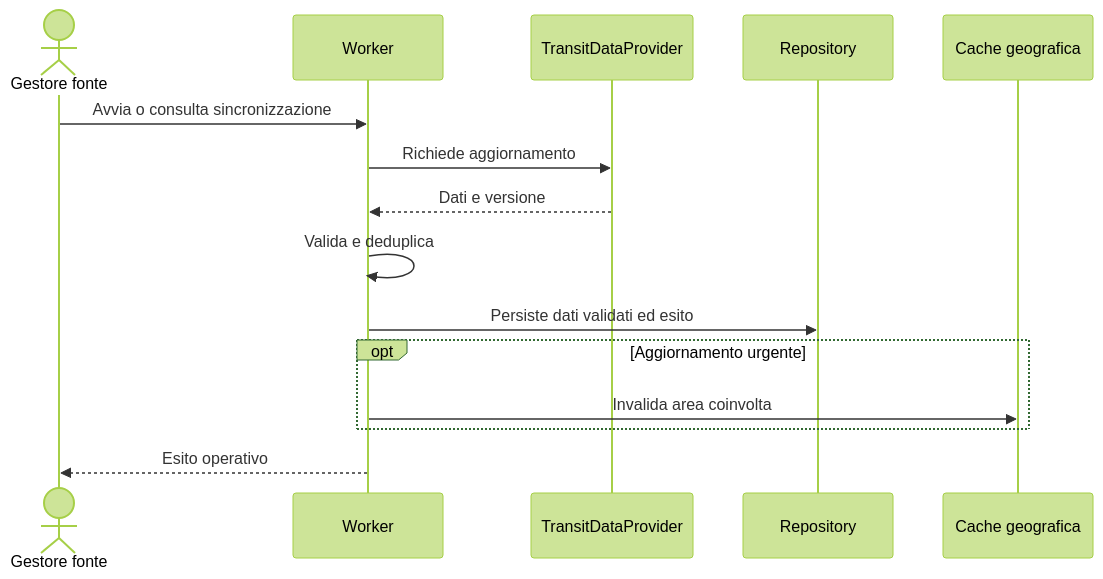
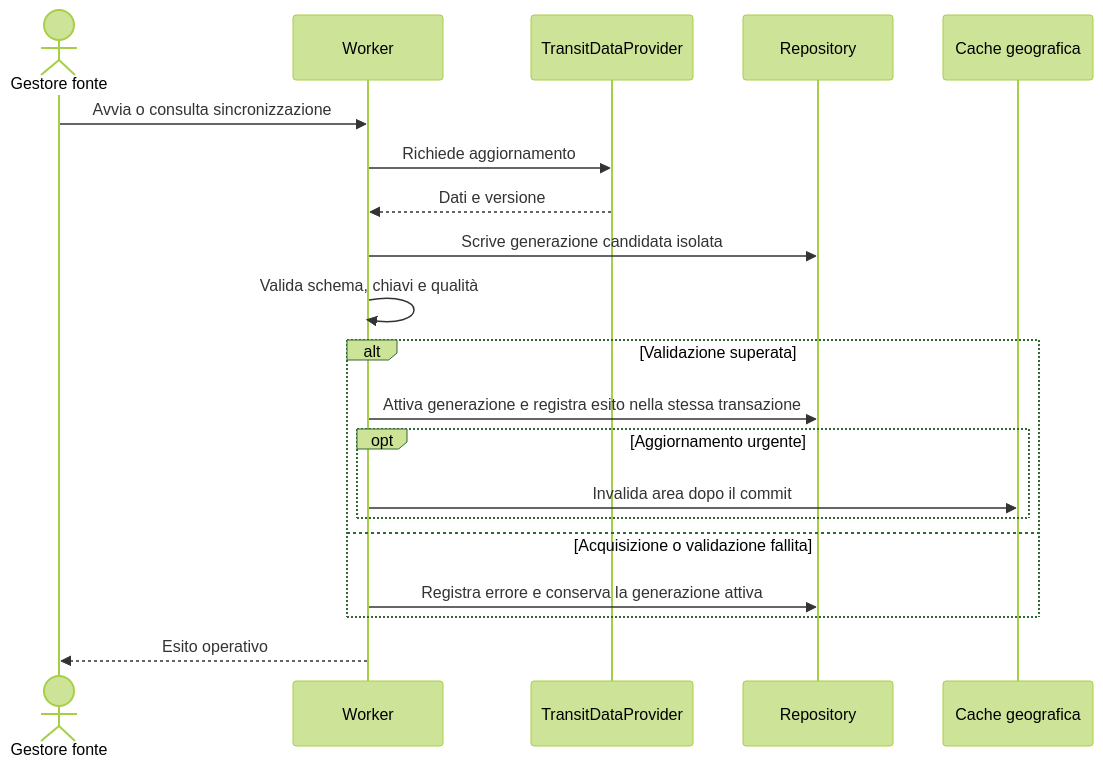
Before and after one commit to andreaplini/aegis: the eighth of 8 diagrams in docs/RAD.md, drawn with Mermaid (forest theme). The commit also changed other lines of this file and 2 other files, not shown here.

Commit message:
docs: specify atomic source data publication

````diff
--- a/docs/RAD.md
+++ b/docs/RAD.md
@@ -466,18 +466,23 @@
 ```mermaid
 sequenceDiagram
-  accDescr: Il worker importa i dati, registra l'esito e invalida la cache se urgente.
+  accDescr: Il worker valida una generazione candidata, la pubblica solo se completa e invalida la cache dopo il commit.
   actor G as Gestore fonte
   participant W as Worker
   participant P as TransitDataProvider
   participant R as Repository
   participant C as Cache geografica
   G->>W: Avvia o consulta sincronizzazione
   W->>P: Richiede aggiornamento
   P-->>W: Dati e versione
-  W->>W: Valida e deduplica
-  W->>R: Persiste dati validati ed esito
-  opt Aggiornamento urgente
-    W->>C: Invalida area coinvolta
+  W->>R: Scrive generazione candidata isolata
+  W->>W: Valida schema, chiavi e qualità
+  alt Validazione superata
+    W->>R: Attiva generazione e registra esito nella stessa transazione
+    opt Aggiornamento urgente
+      W->>C: Invalida area dopo il commit
+    end
+  else Acquisizione o validazione fallita
+    W->>R: Registra errore e conserva la generazione attiva
   end
   W-->>G: Esito operativo
 ```
````
